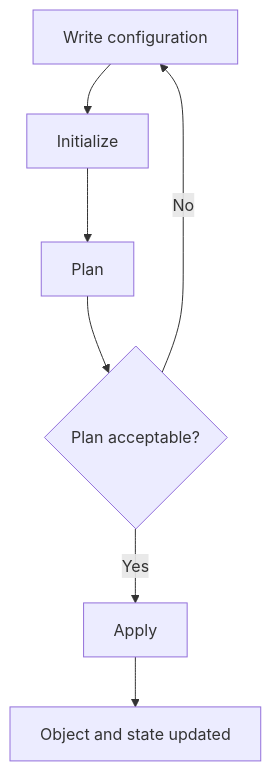
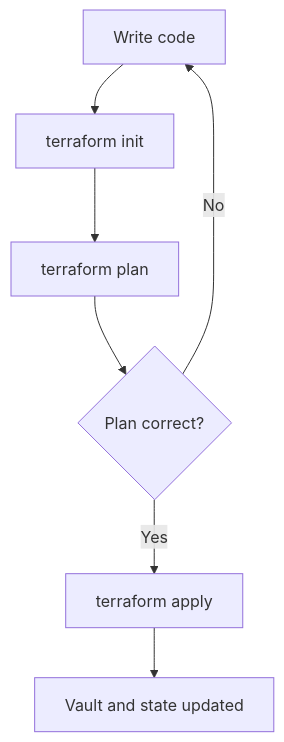
One commit to therayy/terraform-ntax changed the second of 3 diagrams in README.md. Above: the diagram before and after it, drawn with Mermaid. The commit also changed other lines of this file and 1 other file, not shown here.

````diff
--- a/README.md
+++ b/README.md
@@ -195,9 +112,9 @@
 ```mermaid
 flowchart TD
-    A["Write configuration"] --> B["Initialize"]
-    B --> C["Plan"]
-    C --> D{"Plan acceptable?"}
+    A["Write code"] --> B["terraform init"]
+    B --> C["terraform plan"]
+    C --> D{"Plan correct?"}
     D -->|No| A
-    D -->|Yes| E["Apply"]
-    E --> F["Object and state updated"]
+    D -->|Yes| E["terraform apply"]
+    E --> F["Vault and state updated"]
 ```
````
